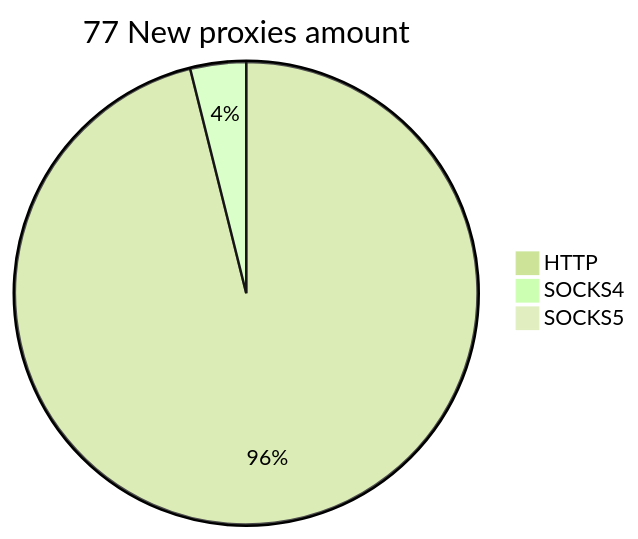
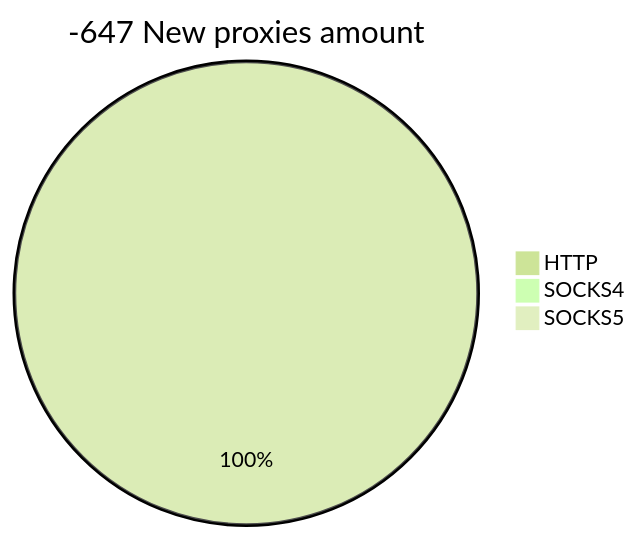
The second of 2 diagrams in README.md (cutipu/proxylist), drawn with Mermaid (forest theme) before and after one commit. The commit also changed other lines of this file, not shown here.

````diff
--- a/README.md
+++ b/README.md
@@ -10,6 +10,6 @@
 ```mermaid
-pie title 77 New proxies amount
-    "HTTP" : 74
-    "SOCKS4" : 3
+pie title -647 New proxies amount
+    "HTTP" : 23
+    "SOCKS4" : 0
     "SOCKS5" : 0
 ```
````
